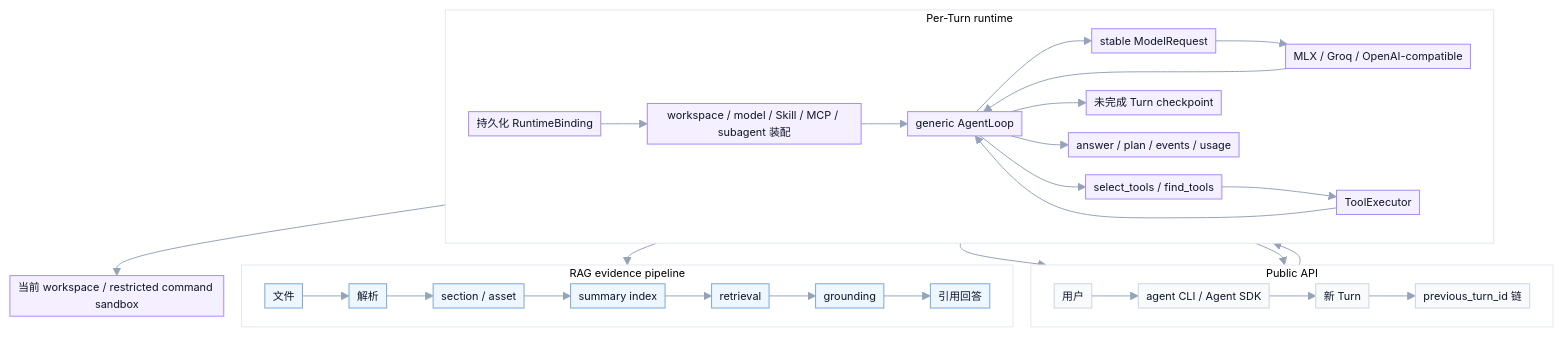
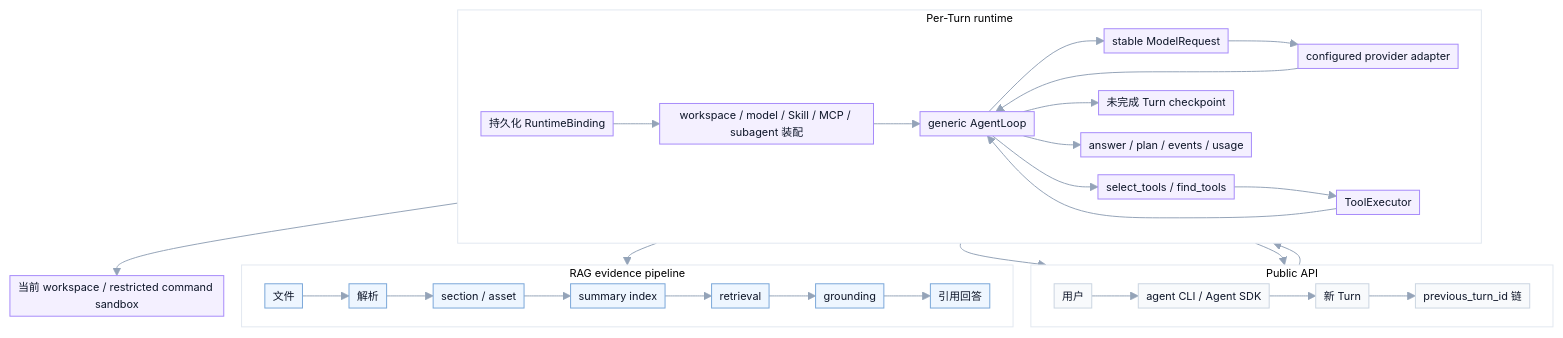
The diagram in README.md (xiaoyinglei/praxis-agent-runtime), drawn with Mermaid before and after one commit. The commit also changed other lines of this file and 1 other file, not shown here.

````diff
--- a/README.md
+++ b/README.md
@@ -358,33 +391,33 @@
 ```mermaid
 %%{init: {"theme": "base", "themeVariables": {"fontSize": "11px", "primaryColor": "#f8fafc", "primaryTextColor": "#0f172a", "primaryBorderColor": "#cbd5e1", "lineColor": "#94a3b8", "clusterBkg": "#ffffff", "clusterBorder": "#e2e8f0"}, "flowchart": {"nodeSpacing": 18, "rankSpacing": 22, "curve": "basis", "padding": 4}} }%%
 flowchart TB
     subgraph PUB["Public API"]
         direction LR
         u["用户"] --> api["agent CLI / Agent SDK"] --> turn["新 Turn"] --> lineage["previous_turn_id 链"]
     end
 
     subgraph AG["Per-Turn runtime"]
         direction LR
         binding["持久化 RuntimeBinding"] --> assembly["workspace / model / Skill / MCP / subagent 装配"] --> loop["generic AgentLoop"]
-        loop --> request["stable ModelRequest"] --> provider["MLX / Groq / OpenAI-compatible"] --> loop
+        loop --> request["stable ModelRequest"] --> provider["configured provider adapter"] --> loop
         loop --> visible["select_tools / find_tools"] --> executor["ToolExecutor"] --> loop
         loop --> checkpoint["未完成 Turn checkpoint"]
         loop --> result["answer / plan / events / usage"]
     end
 
     subgraph RAG["RAG evidence pipeline"]
         direction LR
         r1["文件"] --> r2["解析"] --> r3["section / asset"] --> r4["summary index"] --> r5["retrieval"] --> r6["grounding"] --> r7["引用回答"]
     end
 
     turn --> binding
     executor --> workspace["当前 workspace / restricted command sandbox"]
     executor --> r5
     result --> lineage
     checkpoint --> turn
 
     classDef rag fill:#eef6ff,stroke:#7aa7d9,color:#0f172a;
     classDef agent fill:#f4f0ff,stroke:#a78bfa,color:#0f172a;
     class r1,r2,r3,r4,r5,r6,r7 rag;
     class binding,assembly,loop,request,provider,visible,executor,checkpoint,result,workspace agent;
 ```
````
